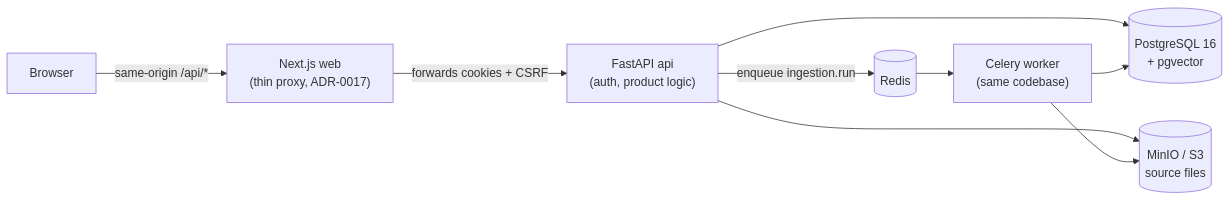
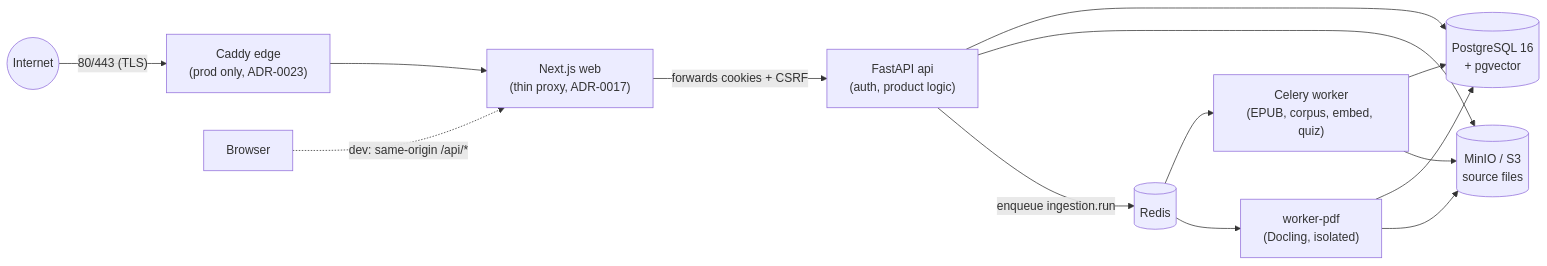
Before and after one commit to augusto-dmh/learny: the diagram in README.md, drawn with Mermaid. The commit also changed other lines of this file, not shown here.

````diff
--- a/README.md
+++ b/README.md
@@ -21,11 +36,16 @@
 ```mermaid
 flowchart LR
-    B[Browser] -->|same-origin /api/*| W["Next.js web<br/>(thin proxy, ADR-0017)"]
+    I((Internet)) -->|"80/443 (TLS)"| CADDY["Caddy edge<br/>(prod only, ADR-0023)"]
+    CADDY --> W["Next.js web<br/>(thin proxy, ADR-0017)"]
+    B[Browser] -.->|dev: same-origin /api/*| W
     W -->|forwards cookies + CSRF| A["FastAPI api<br/>(auth, product logic)"]
     A --> P[("PostgreSQL 16<br/>+ pgvector")]
     A --> M[("MinIO / S3<br/>source files")]
     A -->|enqueue ingestion.run| R[("Redis")]
-    R --> C["Celery worker<br/>(same codebase)"]
+    R --> C["Celery worker<br/>(EPUB, corpus, embed, quiz)"]
+    R --> CP["worker-pdf<br/>(Docling, isolated)"]
     C --> P
     C --> M
+    CP --> P
+    CP --> M
 ```
````
